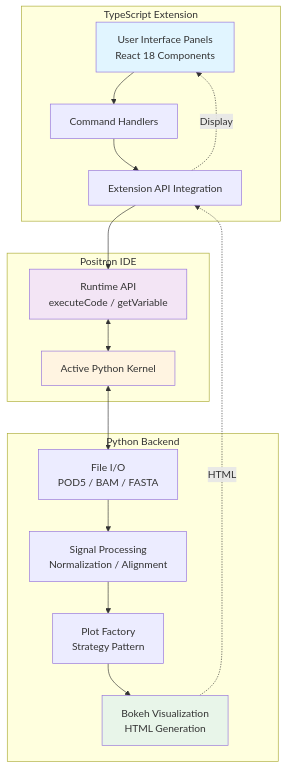
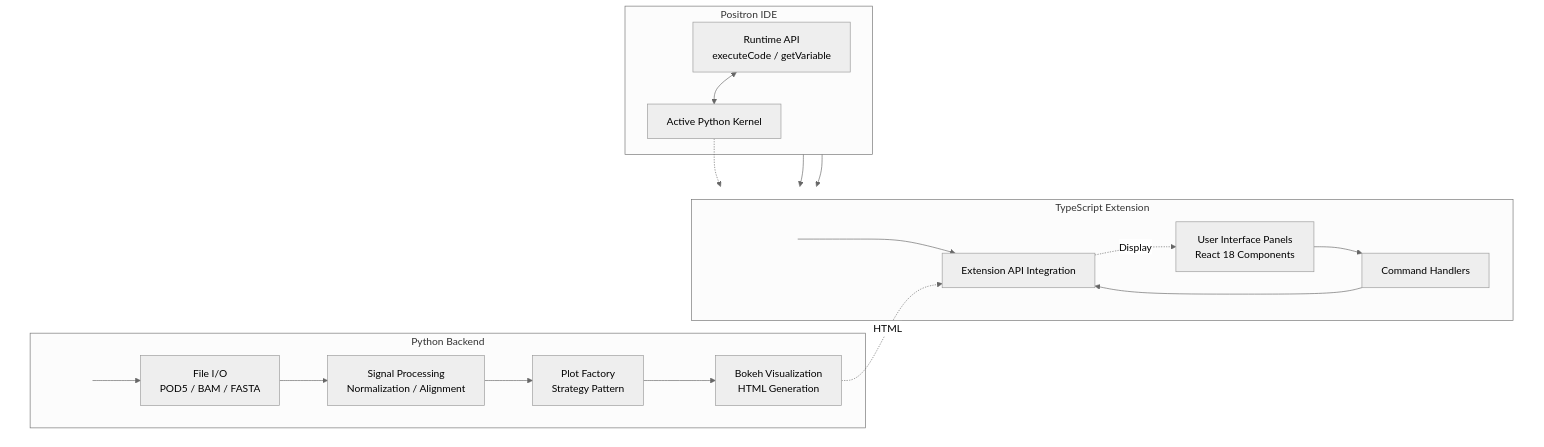
The diagram in docs/manuscript/architecture-diagram.mmd (rnabioco/squiggy-positron), drawn with Mermaid before and after one commit. The commit also changed 2 other files, not shown here.

Commit message:
Restructure architecture diagram for side-by-side layout
Reorganized Mermaid diagram to place Python Backend and TypeScript
Extension side-by-side below Positron IDE using wrapper subgraph with
LR direction and bridge nodes to avoid external connection conflicts.

🤖 Generated with [Claude Code](https://claude.com/claude-code)

```diff
--- a/docs/manuscript/architecture-diagram.mmd
+++ b/docs/manuscript/architecture-diagram.mmd
@@ -1,34 +1,43 @@
-graph TB
-    subgraph "TypeScript Extension"
-        UI[User Interface Panels<br/>React 18 Components]
-        CMD[Command Handlers]
-        EXT[Extension API Integration]
+%%{init: {'theme':'neutral'}}%%
+flowchart TD
+    subgraph IDE["Positron IDE"]
+        RUNTIME[Runtime API<br/>executeCode / getVariable]
+        KERNEL[Active Python Kernel]
+        RUNTIME <--> KERNEL
     end
 
-    subgraph "Positron IDE"
-        RUNTIME[Runtime API<br/>executeCode / getVariable]
-        KERNEL[Active Python Kernel]
+    IDE --> BRIDGE_PY & BRIDGE_TS
+
+    subgraph LOWER[" "]
+        direction LR
+
+        subgraph PY["Python Backend"]
+            BRIDGE_PY[" "]
+            IO[File I/O<br/>POD5 / BAM / FASTA]
+            PROCESS[Signal Processing<br/>Normalization / Alignment]
+            FACTORY[Plot Factory<br/>Strategy Pattern]
+            BOKEH[Bokeh Visualization<br/>HTML Generation]
+            BRIDGE_PY --> IO
+            IO --> PROCESS
+            PROCESS --> FACTORY
+            FACTORY --> BOKEH
+        end
+
+        subgraph TS["TypeScript Extension"]
+            BRIDGE_TS[" "]
+            EXT[Extension API Integration]
+            UI[User Interface Panels<br/>React 18 Components]
+            CMD[Command Handlers]
+            BRIDGE_TS --> EXT
+            UI --> CMD
+            CMD --> EXT
+        end
     end
 
-    subgraph "Python Backend"
-        IO[File I/O<br/>POD5 / BAM / FASTA]
-        PROCESS[Signal Processing<br/>Normalization / Alignment]
-        FACTORY[Plot Factory<br/>Strategy Pattern]
-        BOKEH[Bokeh Visualization<br/>HTML Generation]
-    end
-
-    UI --> CMD
-    CMD --> EXT
-    EXT --> RUNTIME
-    RUNTIME <--> KERNEL
-    KERNEL <--> IO
-    IO --> PROCESS
-    PROCESS --> FACTORY
-    FACTORY --> BOKEH
+    KERNEL -.-> IO
     BOKEH -.->|HTML| EXT
     EXT -.->|Display| UI
 
-    style UI fill:#e1f5ff
-    style KERNEL fill:#fff4e1
-    style BOKEH fill:#e8f5e9
-    style RUNTIME fill:#f3e5f5
+    style LOWER fill:none,stroke:none
+    style BRIDGE_PY fill:none,stroke:none
+    style BRIDGE_TS fill:none,stroke:none
```
